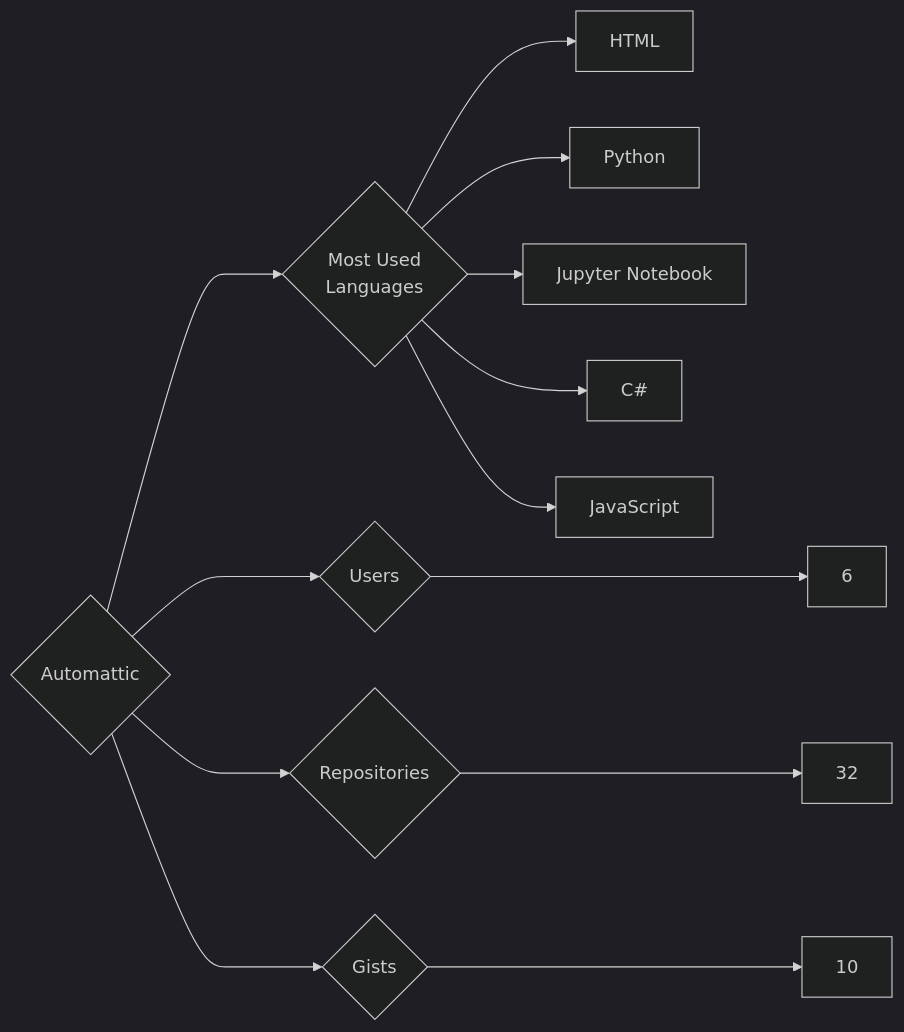
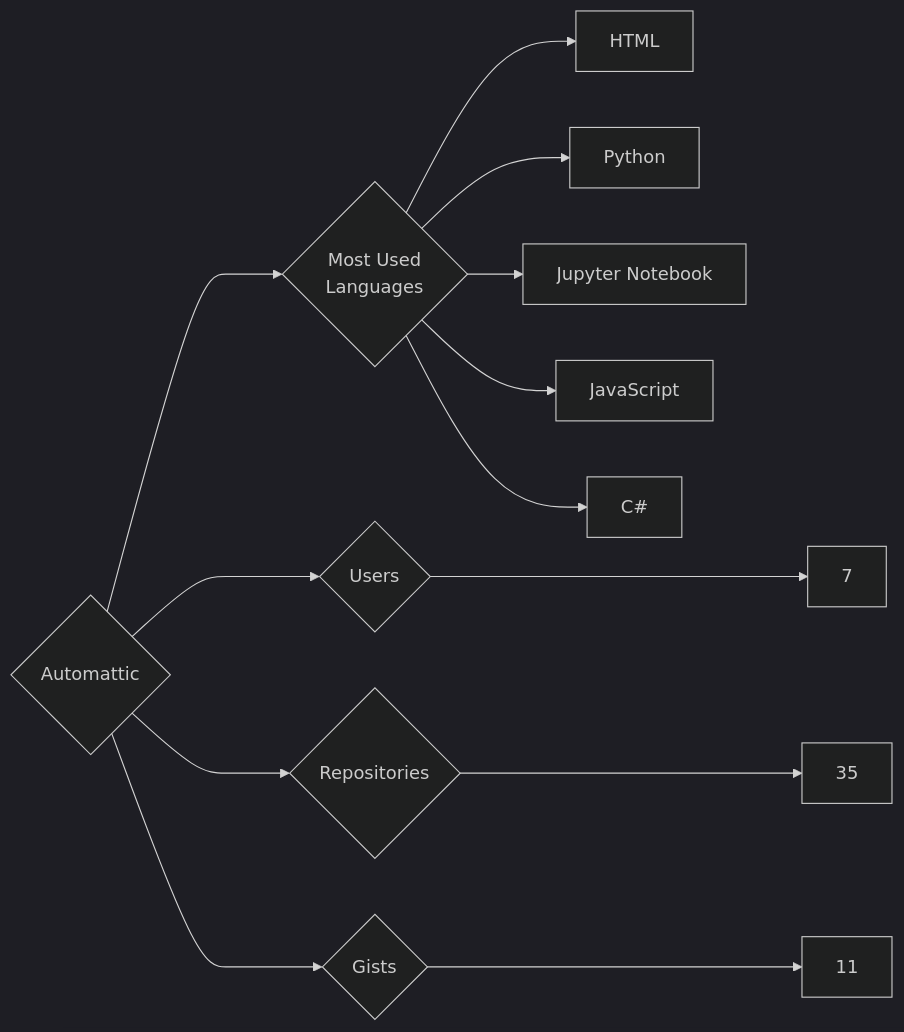
The diagram in targets/Automattic/README.md (trickest/insiders), drawn with Mermaid (dark theme) before and after one commit. The commit also changed 985 other files, not shown here.

````diff
--- a/targets/Automattic/README.md
+++ b/targets/Automattic/README.md
@@ -3,13 +3,13 @@
 ```mermaid
 graph LR
 COMPANY_NAME{Automattic}
-COMPANY_NAME ---> U{Users} ---> UN[6]
-COMPANY_NAME ---> R{Repositories} ---> RN[32]
-COMPANY_NAME ---> G{Gists} ---> GN[10]
+COMPANY_NAME ---> U{Users} ---> UN[7]
+COMPANY_NAME ---> R{Repositories} ---> RN[35]
+COMPANY_NAME ---> G{Gists} ---> GN[11]
 COMPANY_NAME ---> ML{Most Used<br>Languages}
 ML --> HTML[HTML]
 ML --> Python[Python]
 ML --> Jupyter_Notebook[Jupyter Notebook]
+ML --> JavaScript[JavaScript]
 ML --> C#[C#]
-ML --> JavaScript[JavaScript]
 ```
````
